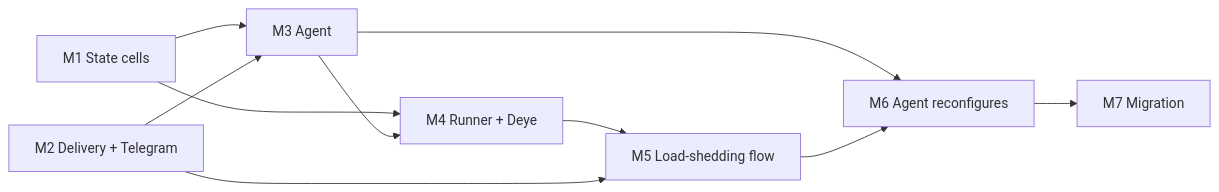
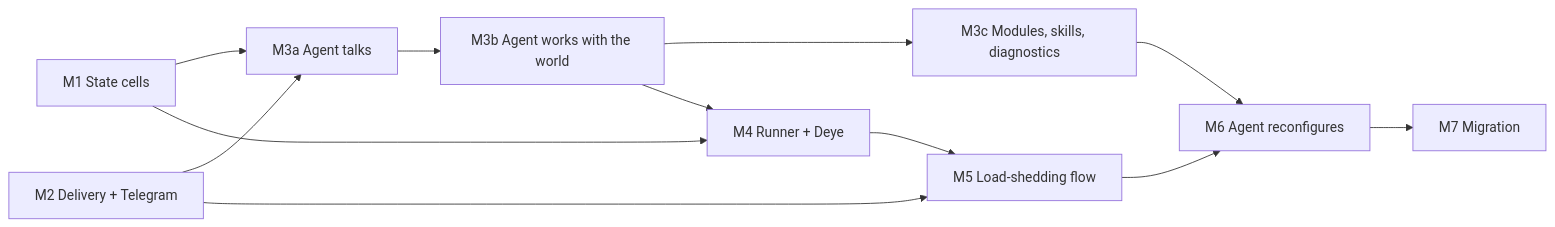
Before and after one commit to igorrius/ganglion: the diagram in docs/plans/p1-all-in-one.md, drawn with Mermaid. The commit also changed other lines of this file and 5 other files, not shown here.

````diff
--- a/docs/plans/p1-all-in-one.md
+++ b/docs/plans/p1-all-in-one.md
@@ -81,12 +86,14 @@
 ```mermaid
 flowchart LR
-    M1["M1 State cells"] --> M3["M3 Agent"]
+    M1["M1 State cells"] --> M3["M3a Agent talks"]
     M2["M2 Delivery + Telegram"] --> M3
+    M3 --> M3B["M3b Agent works with the world"]
+    M3B --> M3C["M3c Modules, skills, diagnostics"]
     M1 --> M4["M4 Runner + Deye"]
-    M3 --> M4
+    M3B --> M4
     M4 --> M5["M5 Load-shedding flow"]
     M2 --> M5
-    M3 --> M6["M6 Agent reconfigures"]
+    M3C --> M6["M6 Agent reconfigures"]
     M5 --> M6
     M6 --> M7["M7 Migration"]
 ```
````
